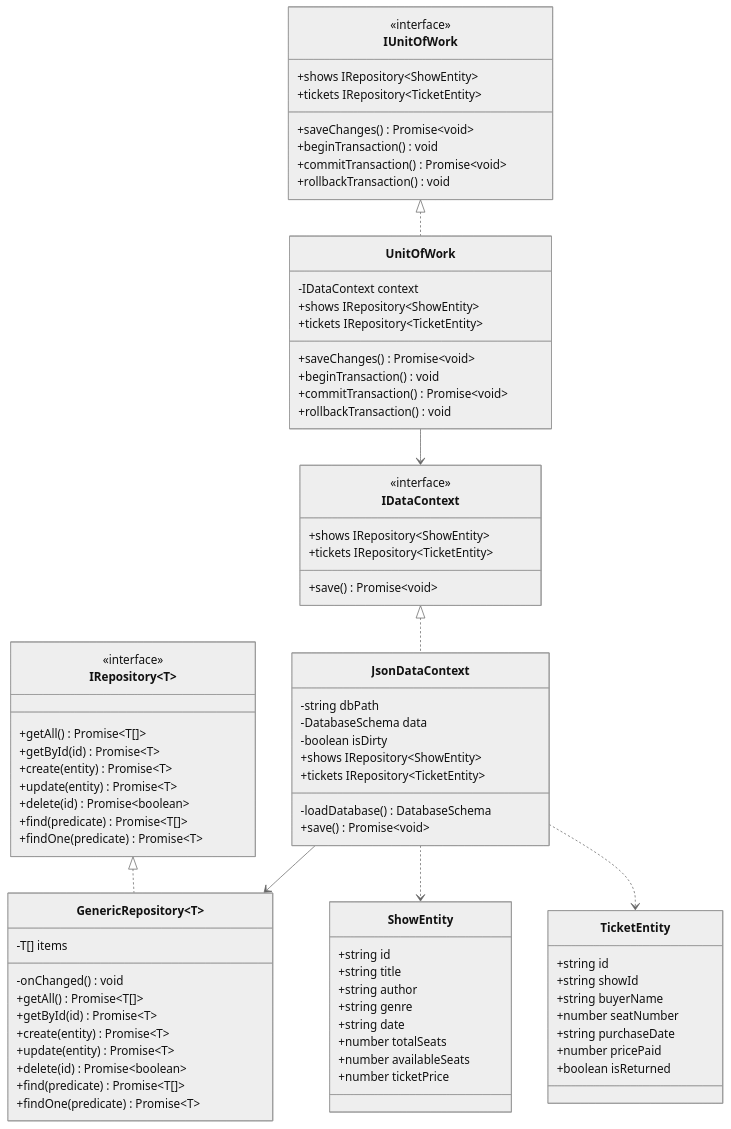
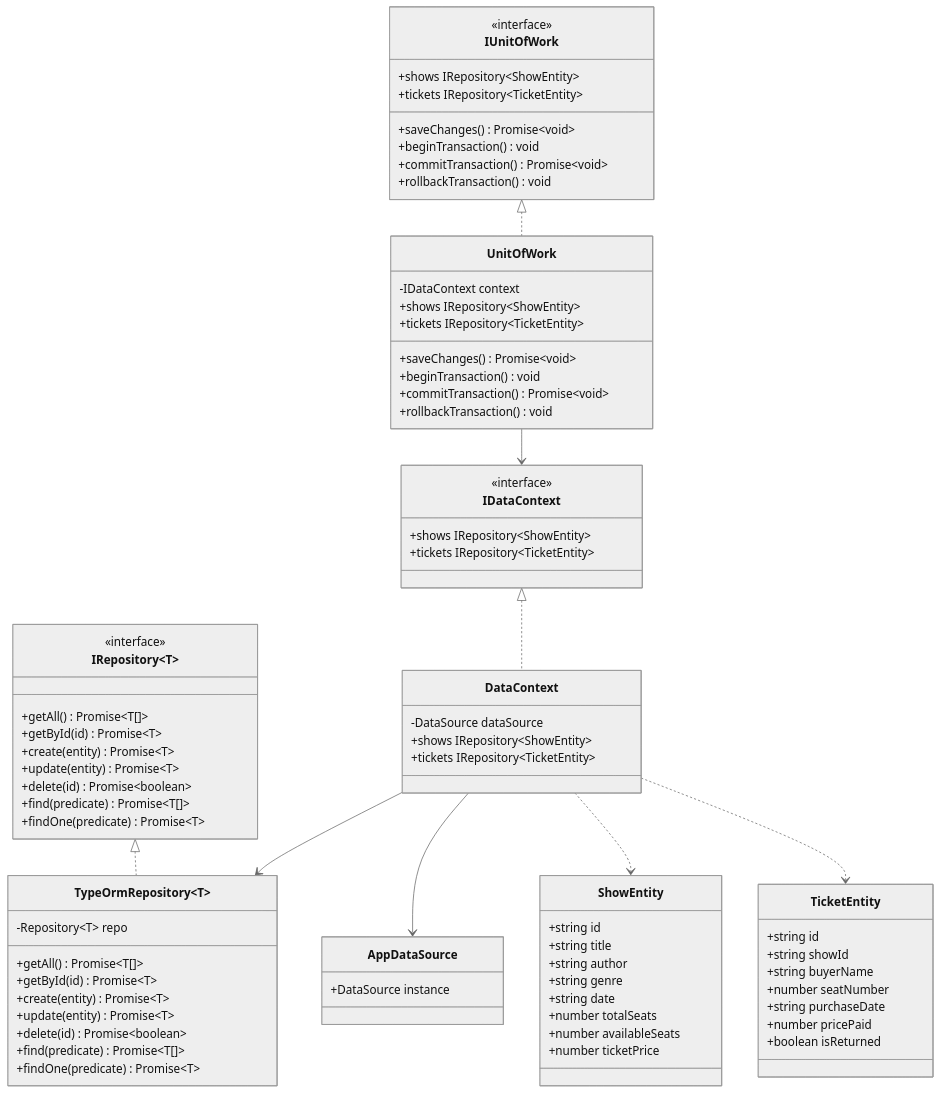
Before and after one commit to yahohulia/appz_lab3: the first of 3 diagrams in README.md, drawn with Mermaid (neutral theme). The commit also changed other lines of this file and 5 other files, not shown here.

````diff
--- a/README.md
+++ b/README.md
@@ -38,7 +64,6 @@
         <<interface>>
         +shows IRepository~ShowEntity~
         +tickets IRepository~TicketEntity~
-        +save() Promise~void~
     }
 
     class IUnitOfWork {
@@ -51,9 +76,8 @@
         +rollbackTransaction() void
     }
 
-    class GenericRepository~T~ {
-        -T[] items
-        -onChanged() void
+    class TypeOrmRepository~T~ {
+        -Repository~T~ repo
         +getAll() Promise~T[]~
         +getById(id) Promise~T~
         +create(entity) Promise~T~
@@ -63,14 +87,10 @@
         +findOne(predicate) Promise~T~
     }
 
-    class JsonDataContext {
-        -string dbPath
-        -DatabaseSchema data
-        -boolean isDirty
+    class DataContext {
+        -DataSource dataSource
         +shows IRepository~ShowEntity~
         +tickets IRepository~TicketEntity~
-        -loadDatabase() DatabaseSchema
-        +save() Promise~void~
     }
 
     class UnitOfWork {
@@ -83,11 +103,16 @@
         +rollbackTransaction() void
     }
 
-    IRepository <|.. GenericRepository
-    IDataContext <|.. JsonDataContext
+    class AppDataSource {
+        +DataSource instance
+    }
+
+    IRepository <|.. TypeOrmRepository
+    IDataContext <|.. DataContext
     IUnitOfWork <|.. UnitOfWork
-    JsonDataContext --> GenericRepository
+    DataContext --> TypeOrmRepository
+    DataContext --> AppDataSource
     UnitOfWork --> IDataContext
-    JsonDataContext ..> ShowEntity
-    JsonDataContext ..> TicketEntity
+    DataContext ..> ShowEntity
+    DataContext ..> TicketEntity
 ```
````
